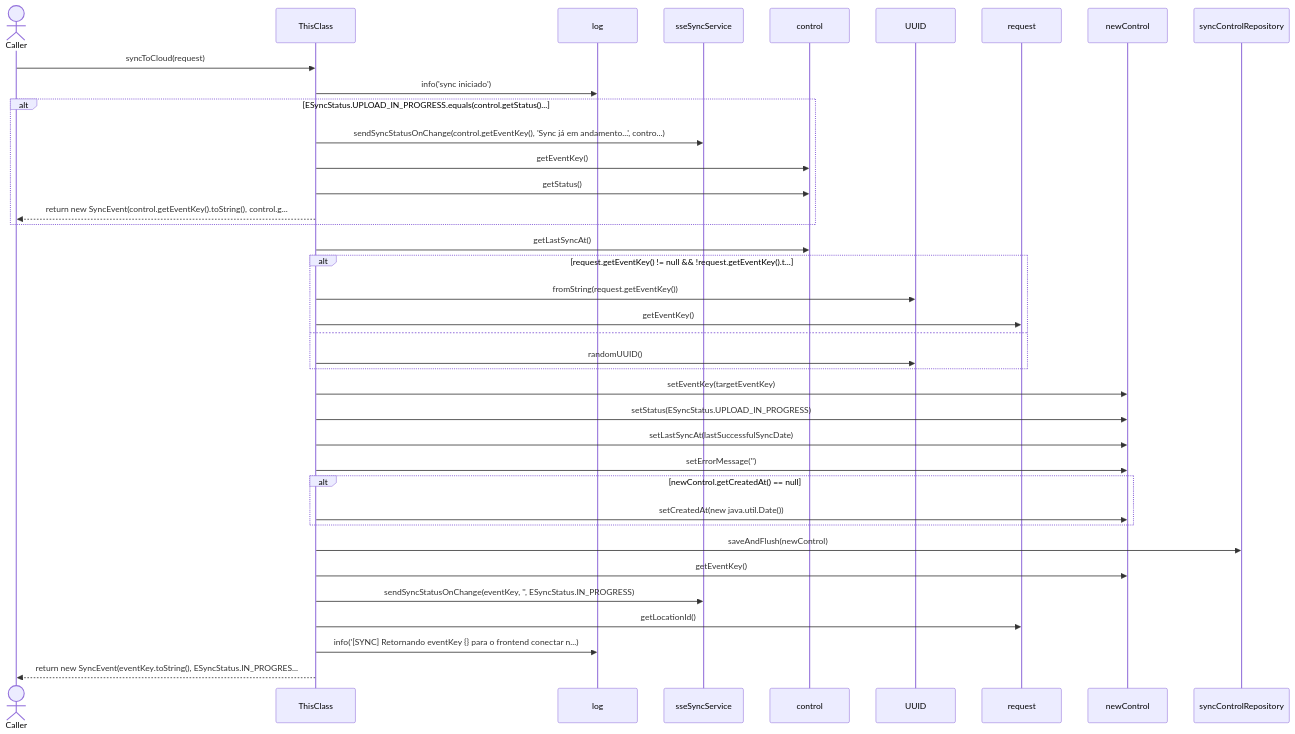
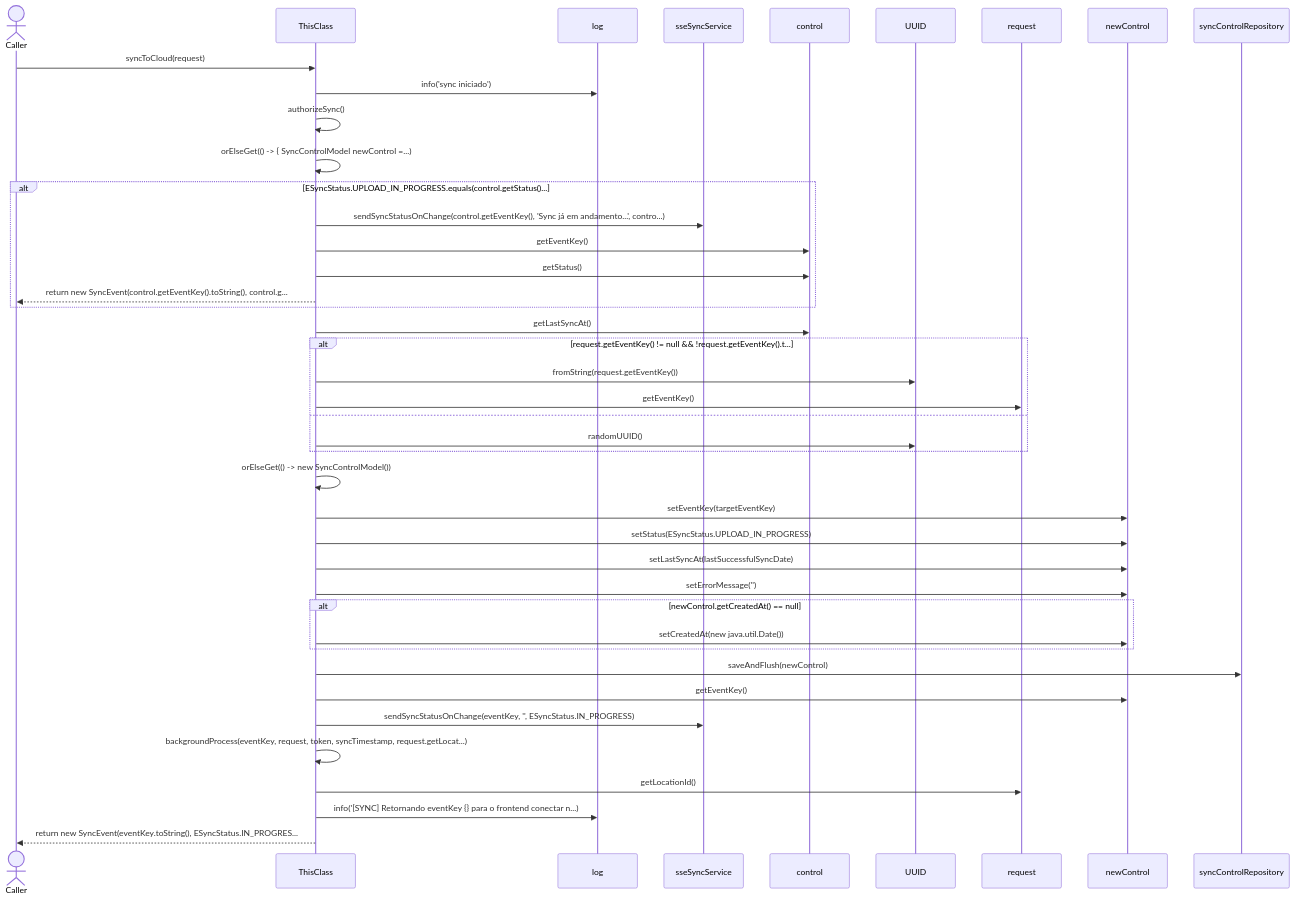
Before and after one commit to FelipeMCassiano/geanky: the fifth of 16 diagrams in docs/CloudSyncUploadService.md, drawn with Mermaid. The commit also changed other lines of this file and 7 other files, not shown here.

````diff
--- a/docs/CloudSyncUploadService.md
+++ b/docs/CloudSyncUploadService.md
@@ -367,42 +367,46 @@
 ```mermaid
 sequenceDiagram
     actor Caller
     participant ThisClass
+    participant log
+    participant sseSyncService
+    participant control
+    participant UUID
+    participant request
+    participant newControl
+    participant syncControlRepository
 
     Caller->>ThisClass: syncToCloud(request)
-    participant log
     ThisClass->>log: info('sync iniciado')
+    ThisClass->>ThisClass: authorizeSync()
+    ThisClass->>ThisClass: orElseGet(() -> {                     SyncControlModel newControl =...)
     alt ESyncStatus.UPLOAD_IN_PROGRESS.equals(control.getStatus()...
-    participant sseSyncService
     ThisClass->>sseSyncService: sendSyncStatusOnChange(control.getEventKey(), 'Sync já em andamento...', contro...)
-    participant control
     ThisClass->>control: getEventKey()
     ThisClass->>control: getStatus()
     ThisClass-->>Caller: return new SyncEvent(control.getEventKey().toString(), control.g...
     end
     ThisClass->>control: getLastSyncAt()
     alt request.getEventKey() != null && !request.getEventKey().t...
-    participant UUID
     ThisClass->>UUID: fromString(request.getEventKey())
-    participant request
     ThisClass->>request: getEventKey()
     else
     ThisClass->>UUID: randomUUID()
     end
-    participant newControl
+    ThisClass->>ThisClass: orElseGet(() -> new SyncControlModel())
     ThisClass->>newControl: setEventKey(targetEventKey)
     ThisClass->>newControl: setStatus(ESyncStatus.UPLOAD_IN_PROGRESS)
     ThisClass->>newControl: setLastSyncAt(lastSuccessfulSyncDate)
     ThisClass->>newControl: setErrorMessage('')
     alt newControl.getCreatedAt() == null
     ThisClass->>newControl: setCreatedAt(new java.util.Date())
     end
-    participant syncControlRepository
     ThisClass->>syncControlRepository: saveAndFlush(newControl)
     ThisClass->>newControl: getEventKey()
     ThisClass->>sseSyncService: sendSyncStatusOnChange(eventKey, '', ESyncStatus.IN_PROGRESS)
+    ThisClass->>ThisClass: backgroundProcess(eventKey, request, token, syncTimestamp, request.getLocat...)
     ThisClass->>request: getLocationId()
     ThisClass->>log: info('[SYNC] Retornando eventKey {} para o frontend conectar n...)
     ThisClass-->>Caller: return new SyncEvent(eventKey.toString(), ESyncStatus.IN_PROGRES...
 
 ```
````
